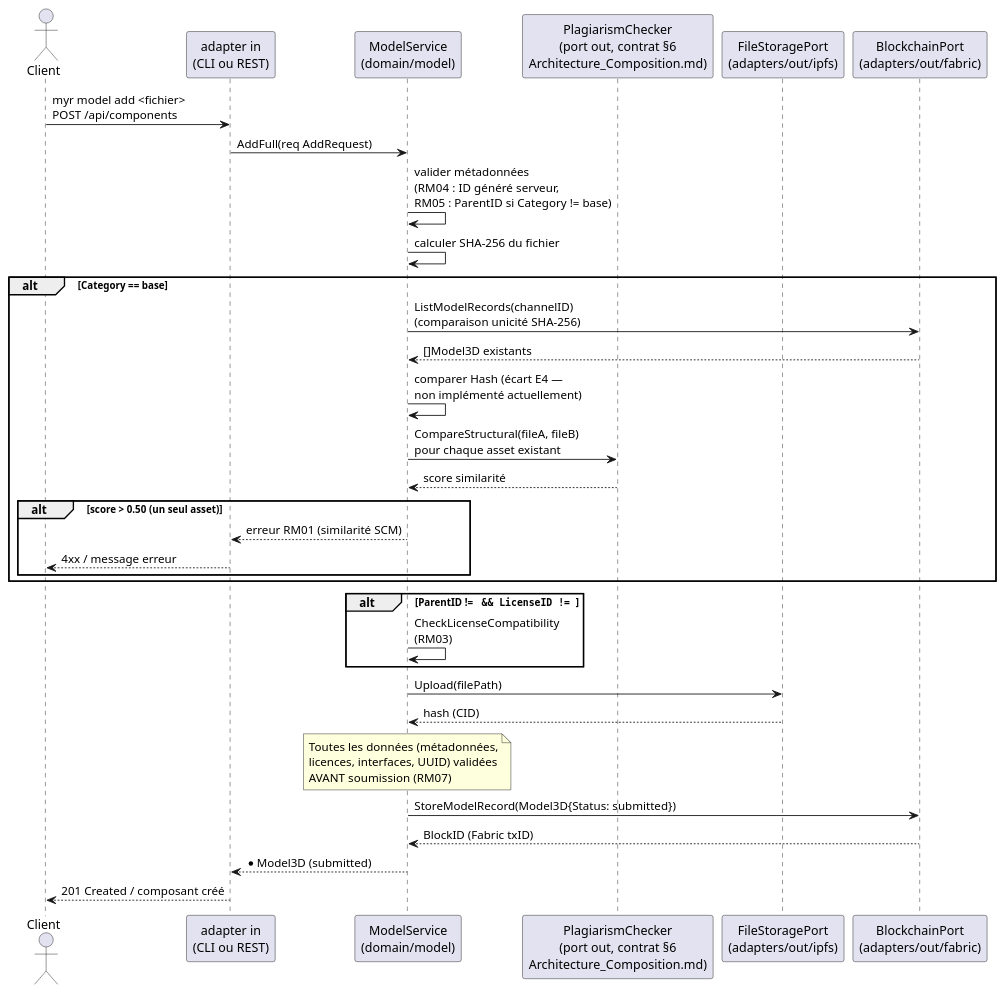
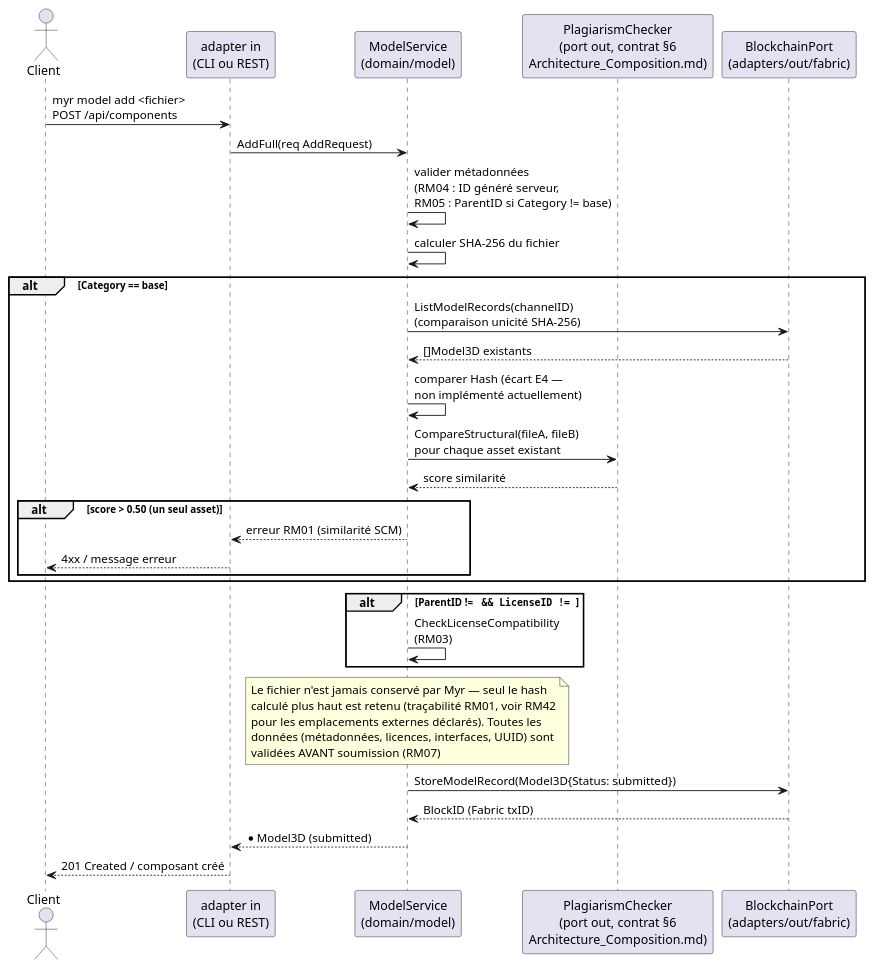
Before and after one commit to myr-forge/myr-core: the first of 2 diagrams in specs/3-Conception/Sequence_soumission_asset.md, drawn with PlantUML. The commit also changed other lines of this file and 18 other files, not shown here.

````diff
--- a/specs/3-Conception/Sequence_soumission_asset.md
+++ b/specs/3-Conception/Sequence_soumission_asset.md
@@ -15,47 +15,45 @@
 ```plantuml
 @startuml
 actor Client as C
 participant "adapter in\n(CLI ou REST)" as In
 participant "ModelService\n(domain/model)" as Svc
 participant "PlagiarismChecker\n(port out, contrat §6\nArchitecture_Composition.md)" as Plag
-participant "FileStoragePort\n(adapters/out/ipfs)" as FS
 participant "BlockchainPort\n(adapters/out/fabric)" as BC
 
 C -> In : myr model add <fichier>\nPOST /api/components
 In -> Svc : AddFull(req AddRequest)
 
 Svc -> Svc : valider métadonnées\n(RM04 : ID généré serveur,\nRM05 : ParentID si Category != base)
 Svc -> Svc : calculer SHA-256 du fichier
 
 alt Category == base
   Svc -> BC : ListModelRecords(channelID)\n(comparaison unicité SHA-256)
   BC --> Svc : []Model3D existants
   Svc -> Svc : comparer Hash (écart E4 —\nnon implémenté actuellement)
   Svc -> Plag : CompareStructural(fileA, fileB)\npour chaque asset existant
   Plag --> Svc : score similarité
   alt score > 0.50 (un seul asset)
     Svc --> In : erreur RM01 (similarité SCM)
     In --> C : 4xx / message erreur
   end
 end
 
 alt ParentID != "" && LicenseID != ""
   Svc -> Svc : CheckLicenseCompatibility\n(RM03)
 end
 
-Svc -> FS : Upload(filePath)
-FS --> Svc : hash (CID)
-
 note over Svc
-  Toutes les données (métadonnées,
-  licences, interfaces, UUID) validées
-  AVANT soumission (RM07)
+  Le fichier n'est jamais conservé par Myr — seul le hash
+  calculé plus haut est retenu (traçabilité RM01, voir RM42
+  pour les emplacements externes déclarés). Toutes les
+  données (métadonnées, licences, interfaces, UUID) sont
+  validées AVANT soumission (RM07)
 end note
 
 Svc -> BC : StoreModelRecord(Model3D{Status: submitted})
 BC --> Svc : BlockID (Fabric txID)
 
 Svc --> In : *Model3D (submitted)
 In --> C : 201 Created / composant créé
 @enduml
 ```
````
